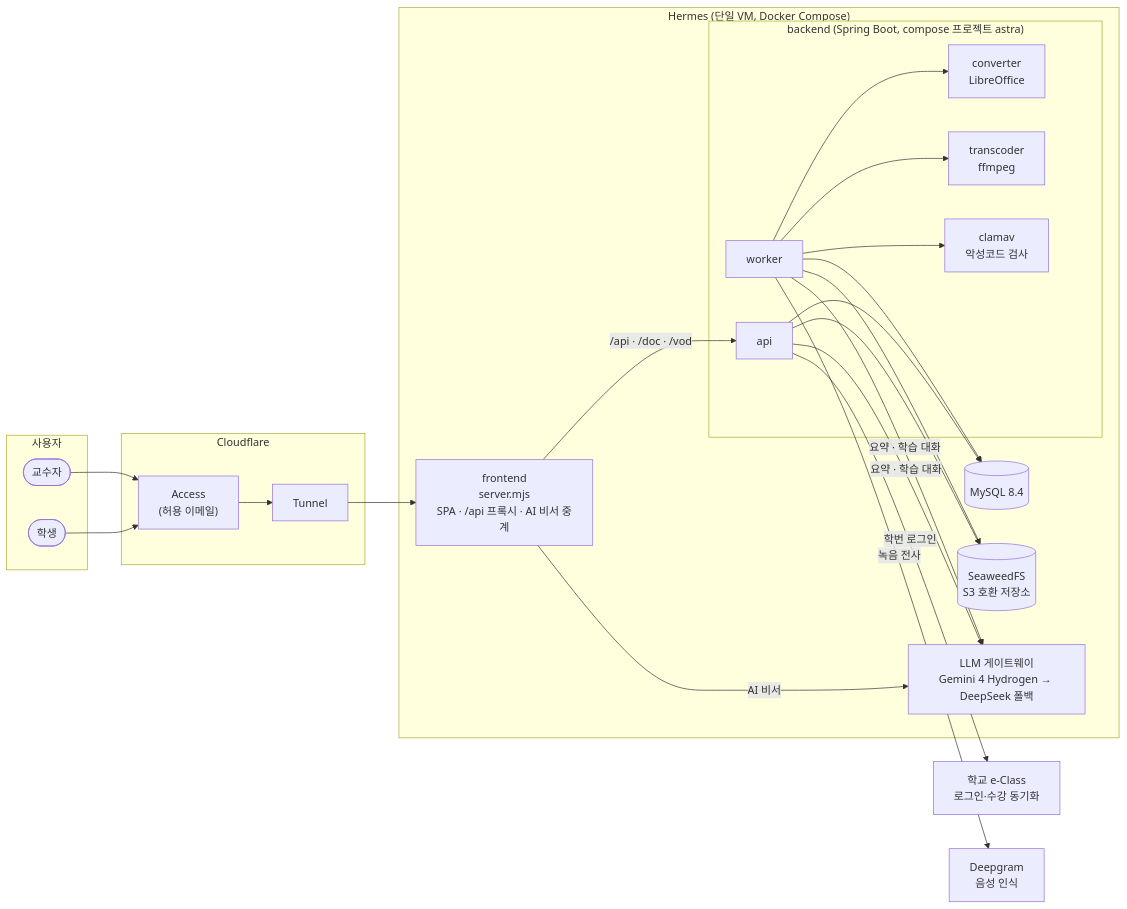
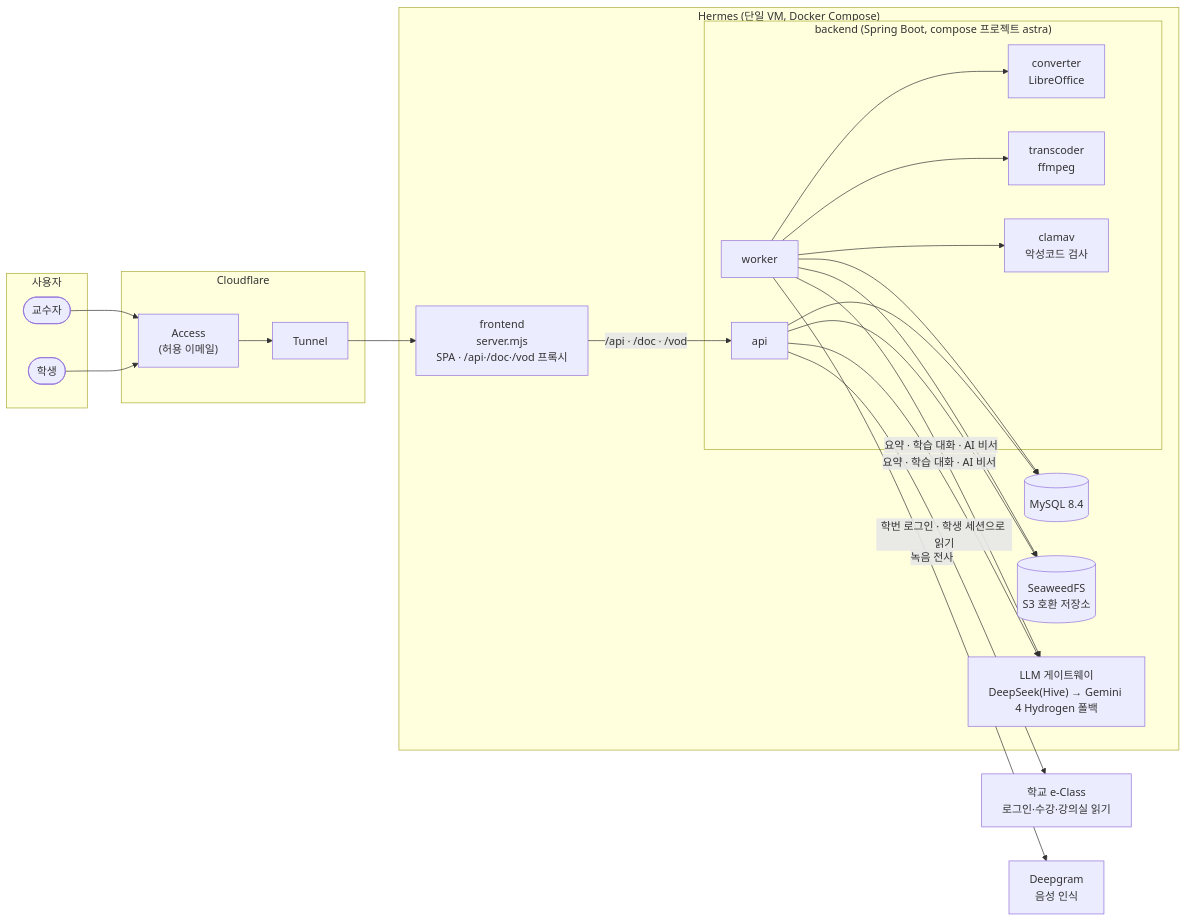
The first of 3 diagrams in README.md (2026ENDPoinT/team13), drawn with Mermaid before and after one commit. The commit also changed other lines of this file and 1 other file, not shown here.

First line of the commit message:
README: 학교 e-Class 연동, 백엔드 AI 비서, 학습실 내 문서 요약·실시간 전사, LLM 게이트웨이 순서(DeepSeek → Gemini)와 Deepgram 표기를 실제 구성에 맞춤

````diff
--- a/README.md
+++ b/README.md
@@ -104,43 +106,42 @@
 ```mermaid
 flowchart LR
   subgraph Users["사용자"]
     ST(["학생"])
     PF(["교수자"])
   end
 
   subgraph Edge["Cloudflare"]
     AC["Access<br/>(허용 이메일)"]
     TN["Tunnel"]
   end
 
   subgraph Host["Hermes (단일 VM, Docker Compose)"]
-    FE["frontend<br/>server.mjs<br/>SPA · /api 프록시 · AI 비서 중계"]
+    FE["frontend<br/>server.mjs<br/>SPA · /api·/doc·/vod 프록시"]
     subgraph BE["backend (Spring Boot, compose 프로젝트 astra)"]
       API["api"]
       WK["worker"]
       CV["converter<br/>LibreOffice"]
       TC["transcoder<br/>ffmpeg"]
       AV["clamav<br/>악성코드 검사"]
     end
     DB[("MySQL 8.4")]
     S3[("SeaweedFS<br/>S3 호환 저장소")]
-    GW["LLM 게이트웨이<br/>Gemini 4 Hydrogen → DeepSeek 폴백"]
+    GW["LLM 게이트웨이<br/>DeepSeek(Hive) → Gemini 4 Hydrogen 폴백"]
   end
 
-  SCH["학교 e-Class<br/>로그인·수강 동기화"]
+  SCH["학교 e-Class<br/>로그인·수강·강의실 읽기"]
   DG["Deepgram<br/>음성 인식"]
 
   ST & PF --> AC --> TN --> FE
   FE -- "/api · /doc · /vod" --> API
-  FE -- "AI 비서" --> GW
   API --> DB
   API --> S3
   WK --> DB
   WK --> S3
   WK --> AV
   WK --> CV
   WK --> TC
-  API & WK -- "요약 · 학습 대화" --> GW
+  API & WK -- "요약 · 학습 대화 · AI 비서" --> GW
   WK -- "녹음 전사" --> DG
-  API -- "학번 로그인" --> SCH
+  API -- "학번 로그인 · 학생 세션으로 읽기" --> SCH
 ```
````
